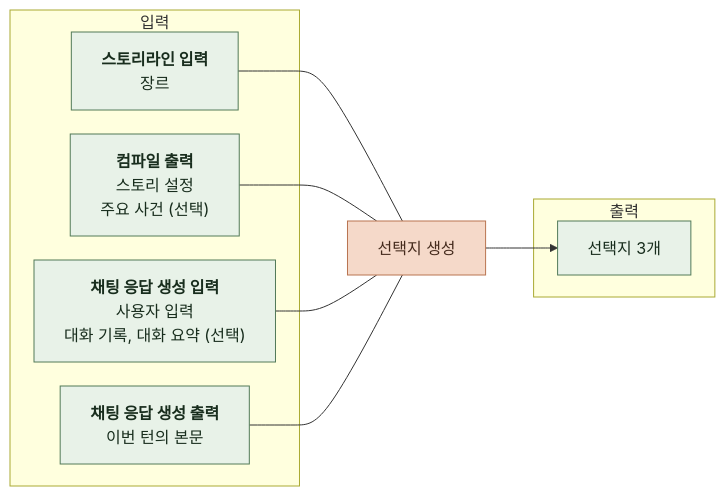
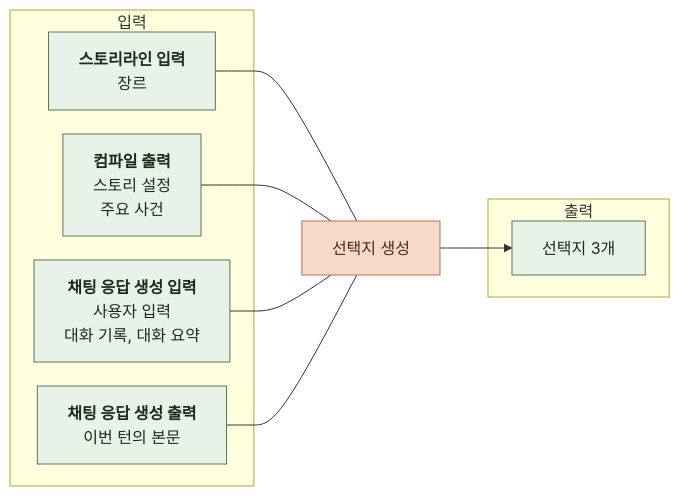
One commit to KIM-N-KANG/knk-harness changed the fourth of 5 diagrams in docs/domain/CHAT/AI/3-TASK-DEFINITION.md. Above: the diagram before and after it, drawn with Mermaid. The commit also changed other lines of this file and 7 other files, not shown here.

````diff
--- a/docs/domain/CHAT/AI/3-TASK-DEFINITION.md
+++ b/docs/domain/CHAT/AI/3-TASK-DEFINITION.md
@@ -130,23 +131,23 @@
 ```mermaid
 %%{init: {"flowchart": {"curve": "basis", "htmlLabels": true, "nodeSpacing": 24, "rankSpacing": 48}}}%%
 flowchart LR
     subgraph IN["입력"]
         I1["<b>스토리라인 입력</b><br/>장르"]
-        I2["<b>컴파일 출력</b><br/>스토리 설정<br/>주요 사건 (선택)"]
-        I3["<b>채팅 응답 생성 입력</b><br/>사용자 입력<br/>대화 기록, 대화 요약 (선택)"]
+        I2["<b>컴파일 출력</b><br/>스토리 설정<br/>주요 사건"]
+        I3["<b>채팅 응답 생성 입력</b><br/>사용자 입력<br/>대화 기록, 대화 요약"]
         I4["<b>채팅 응답 생성 출력</b><br/>이번 턴의 본문"]
     end
     T["선택지 생성"]
     subgraph OUT["출력"]
         O1["선택지 3개"]
     end
     I1 --- T
     I2 --- T
     I3 --- T
     I4 --- T
     T --> O1
     classDef data fill:#E8F2E8,stroke:#527A59,color:#182D1D
     classDef task fill:#F5D9C9,stroke:#B97450,color:#452B1D
     class I1,I2,I3,I4,O1 data
     class T task
 ```
````
